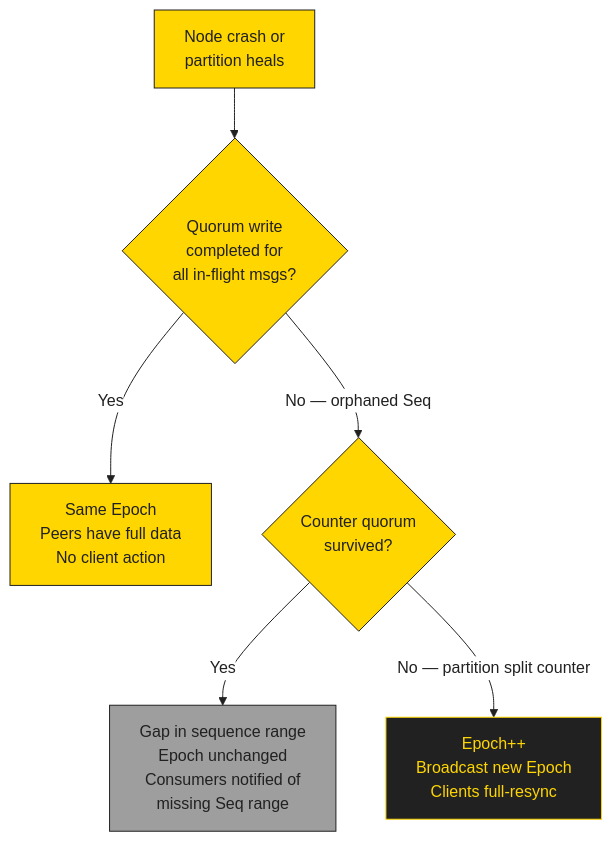
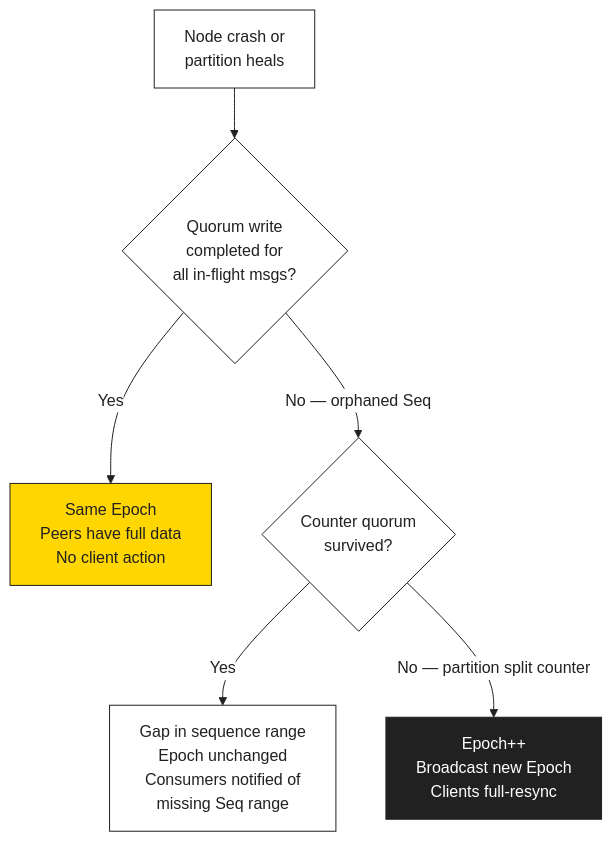
Before and after one commit to bsommers/mqtt-6.0-proposal: the fifth of 8 diagrams in docs/diagrams/cluster-failover.md, drawn with Mermaid. The commit also changed other lines of this file and 2 other files, not shown here.

First line of the commit message:
Clean up diagram colors and fix \n rendering in Mermaid

````diff
--- a/docs/diagrams/cluster-failover.md
+++ b/docs/diagrams/cluster-failover.md
@@ -109,19 +109,17 @@
 ```mermaid
-%%{init:{'theme':'base','themeVariables':{'primaryColor':'#FFD600','primaryTextColor':'#212121','primaryBorderColor':'#212121','lineColor':'#212121','edgeLabelBackground':'#FFFFFF'}}}%%
+%%{init:{'theme':'base','themeVariables':{'primaryColor':'#FFFFFF','primaryTextColor':'#212121','primaryBorderColor':'#212121','lineColor':'#212121','edgeLabelBackground':'#FFFFFF'}}}%%
 flowchart TD
-    FAIL["Node crash or\npartition heals"] --> Q1{"Quorum write\ncompleted for\nall in-flight msgs?"}
+    FAIL["Node crash or<br/>partition heals"] --> Q1{"Quorum write<br/>completed for<br/>all in-flight msgs?"}
 
-    Q1 -->|Yes| OK["Same Epoch\nPeers have full data\nNo client action"]
-    Q1 -->|No — orphaned Seq| Q2{"Counter quorum\nsurvived?"}
+    Q1 -->|Yes| OK["Same Epoch<br/>Peers have full data<br/>No client action"]
+    Q1 -->|No — orphaned Seq| Q2{"Counter quorum<br/>survived?"}
 
-    Q2 -->|Yes| GAP["Gap in sequence range\nEpoch unchanged\nConsumers notified of\nmissing Seq range"]
-    Q2 -->|No — partition split counter| EPOCH["Epoch++\nBroadcast new Epoch\nClients full-resync"]
+    Q2 -->|Yes| GAP["Gap in sequence range<br/>Epoch unchanged<br/>Consumers notified of<br/>missing Seq range"]
+    Q2 -->|No — partition split counter| EPOCH["Epoch++<br/>Broadcast new Epoch<br/>Clients full-resync"]
 
-    classDef ok fill:#FFD600,stroke:#212121,color:#212121
-    classDef warn fill:#9E9E9E,stroke:#212121,color:#212121
-    classDef crit fill:#212121,stroke:#FFD600,color:#FFD600
+    classDef highlight fill:#FFD600,stroke:#212121,color:#212121
+    classDef critical fill:#212121,stroke:#212121,color:#FFFFFF
 
-    class OK ok
-    class GAP warn
-    class EPOCH crit
+    class OK highlight
+    class EPOCH critical
 ```
````
